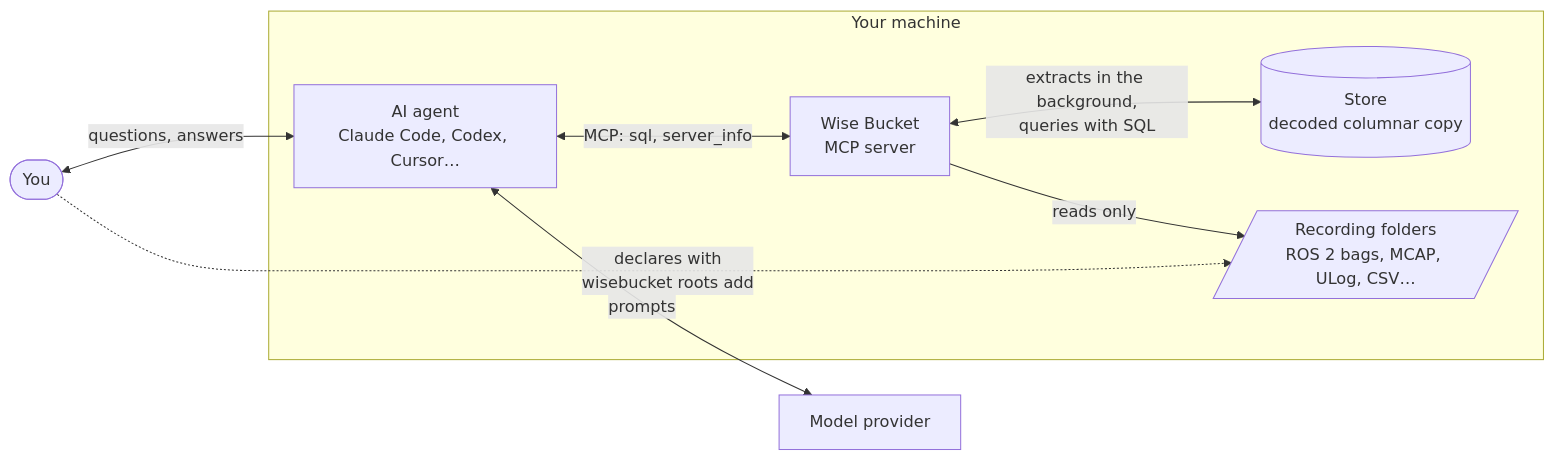
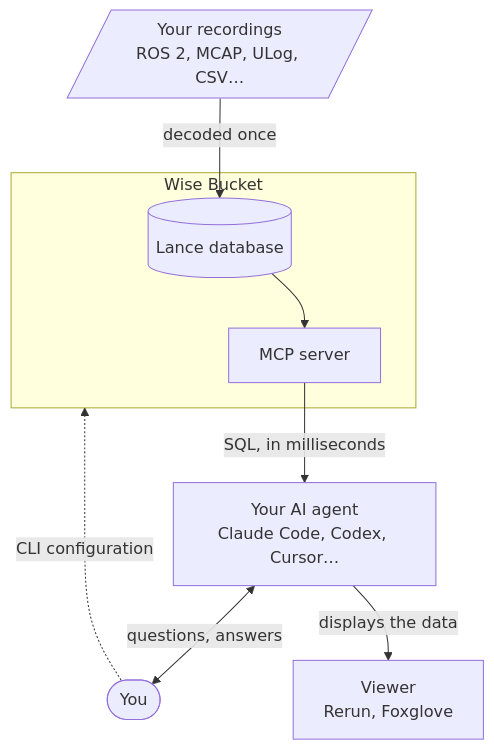
The diagram in README.md (MBagory/wise-bucket), drawn with Mermaid before and after one commit. The commit also changed other lines of this file and 11 other files, not shown here.

````diff
--- a/README.md
+++ b/README.md
@@ -34,17 +24,11 @@
 ```mermaid
-flowchart LR
-    you(["You"])
-    llm["Model provider"]
-    subgraph machine["Your machine"]
-        agent["AI agent<br/>Claude Code, Codex, Cursor…"]
-        wb["Wise Bucket<br/>MCP server"]
-        store[("Store<br/>decoded columnar copy")]
-        data[/"Recording folders<br/>ROS 2 bags, MCAP, ULog, CSV…"/]
+flowchart TB
+    subgraph wb["Wise Bucket"]
+        store[("Lance database")] --> mcp["MCP server"]
     end
-    you <-->|"questions, answers"| agent
-    agent <-->|"prompts"| llm
-    agent <-->|"MCP: sql, server_info"| wb
-    wb -->|"reads only"| data
-    wb <-->|"extracts in the background,<br/>queries with SQL"| store
-    you -.->|"declares with<br/>wisebucket roots add"| data
+    rec[/"Your recordings<br/>ROS 2, MCAP, ULog, CSV…"/] -->|"decoded once"| store
+    mcp -->|"SQL, in milliseconds"| agent["Your AI agent<br/>Claude Code, Codex, Cursor…"]
+    agent <-->|"questions, answers"| you(["You"])
+    agent -->|"displays the data"| viewer["Viewer<br/>Rerun, Foxglove"]
+    you -.->|"CLI configuration"| wb
 ```
````
